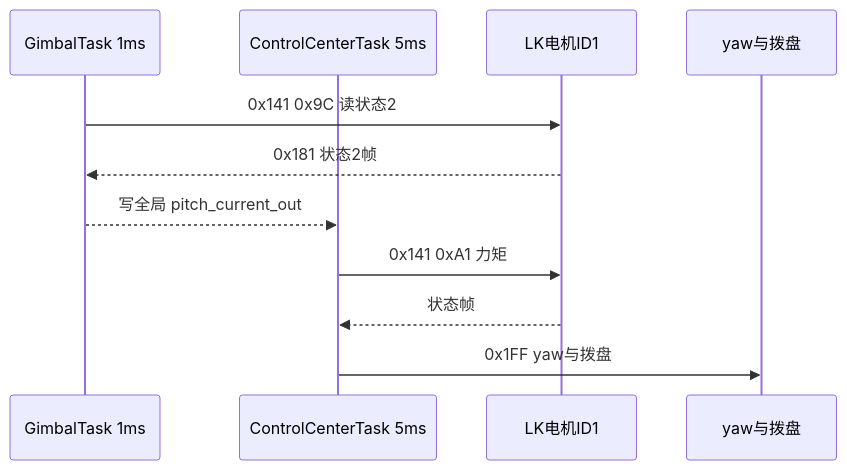
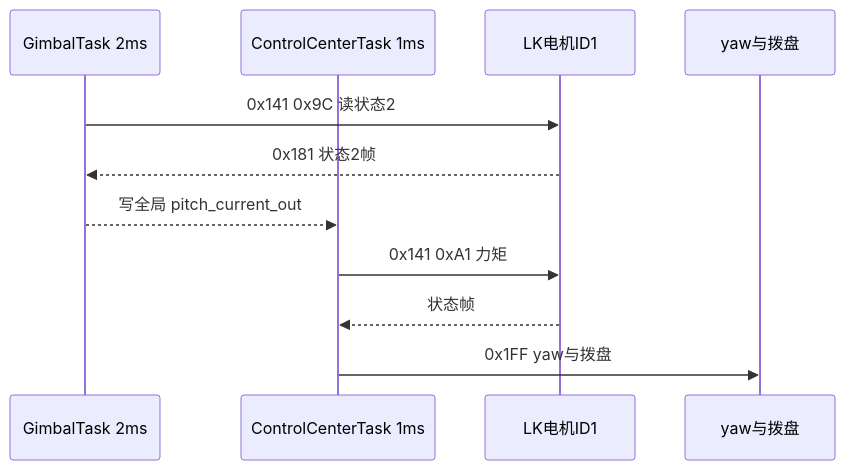
One commit to TC635807/TC63PersonalWebsite changed the second of 2 diagrams in docs/03-CAN 与电机/04-LK电机/04-本项目应用.md. Above: the diagram before and after it, drawn with Mermaid. The commit also changed other lines of this file and 728 other files, not shown here.

````diff
--- a/docs/03-CAN 与电机/04-LK电机/04-本项目应用.md
+++ b/docs/03-CAN 与电机/04-LK电机/04-本项目应用.md
@@ -33,13 +44,13 @@
 ```mermaid
 sequenceDiagram
-  participant GT as GimbalTask 1ms
-  participant CC as ControlCenterTask 5ms
+  participant GT as GimbalTask 2ms
+  participant CC as ControlCenterTask 1ms
   participant M as LK电机ID1
   participant Y as yaw与拨盘
   GT->>M: 0x141 0x9C 读状态2
   M-->>GT: 0x181 状态2帧
   GT-->>CC: 写全局 pitch_current_out
   CC->>M: 0x141 0xA1 力矩
   M-->>CC: 状态帧
   CC->>Y: 0x1FF yaw与拨盘
 ```
````
